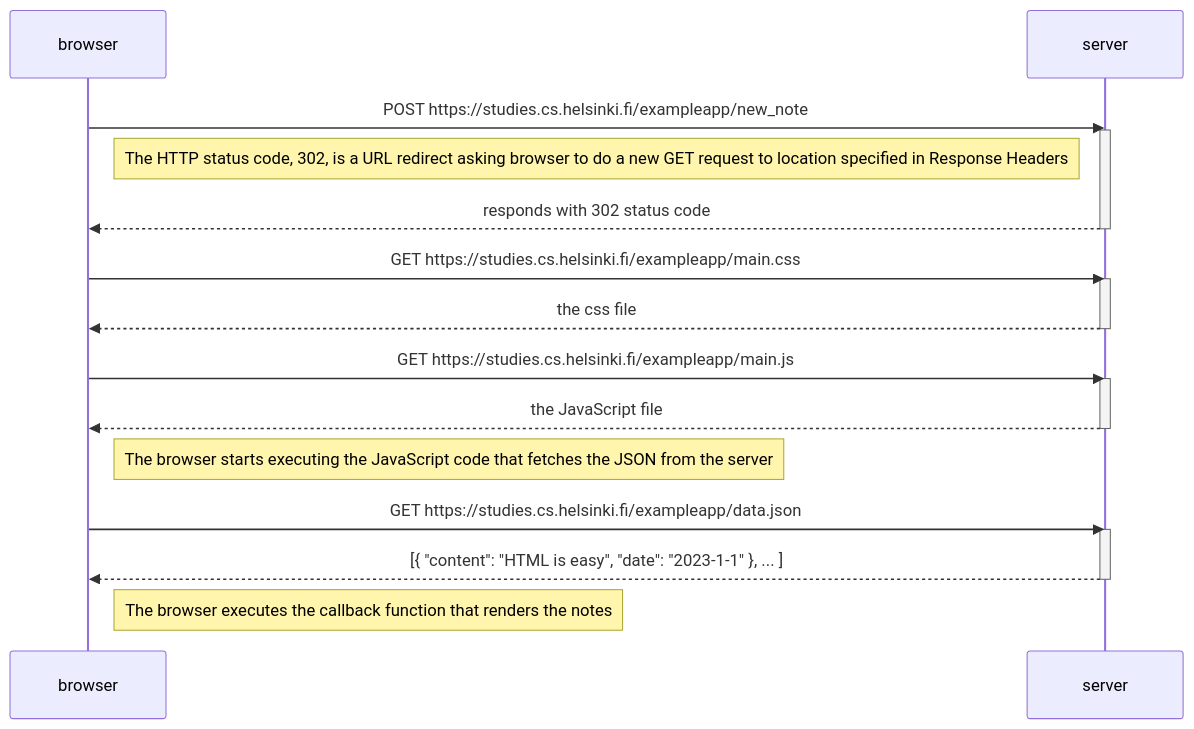
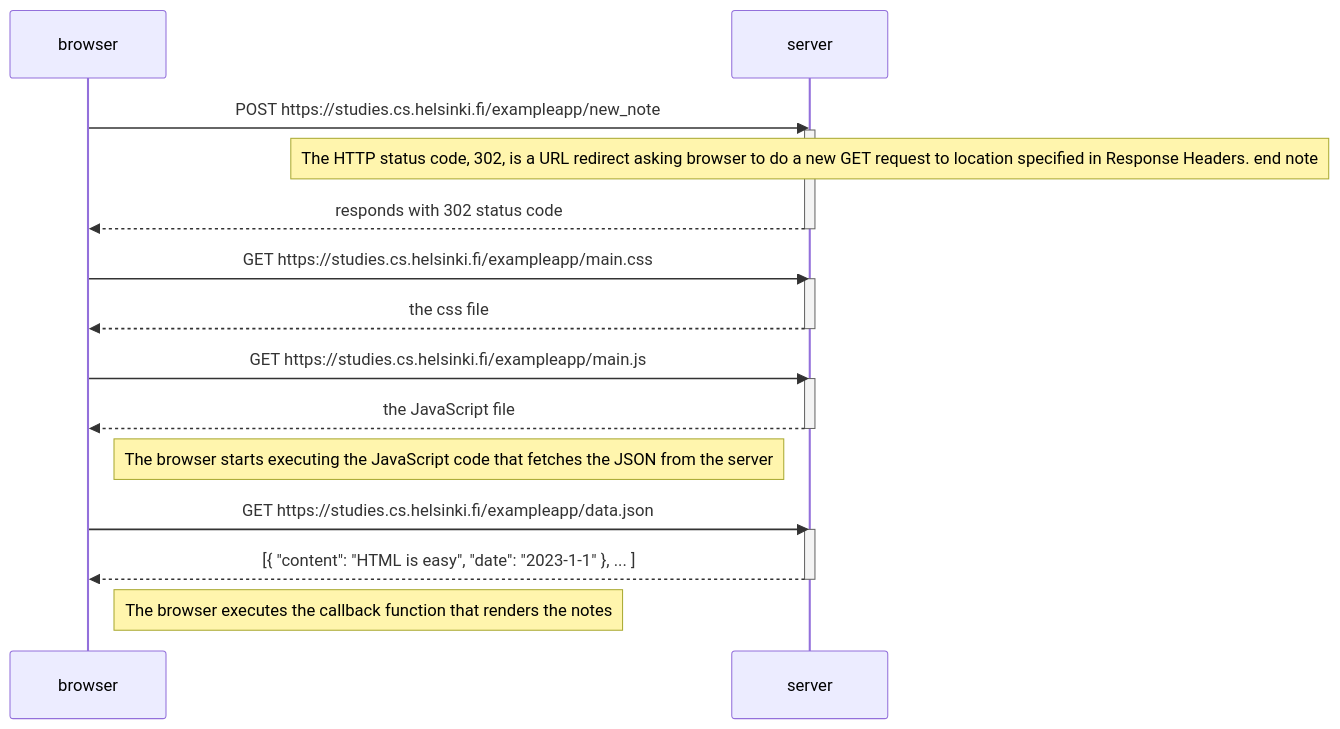
Before and after one commit to git-busy/freeStackOpen: the diagram in part0/0.4_new_note_diagram.mmd, drawn with Mermaid.

```diff
--- a/part0/0.4_new_note_diagram.mmd
+++ b/part0/0.4_new_note_diagram.mmd
@@ -1,28 +1,28 @@
 sequenceDiagram
     participant browser
     participant server
 
     browser->>server: POST https://studies.cs.helsinki.fi/exampleapp/new_note
     activate server
-    Note right of browser: The HTTP status code, 302, is a URL redirect asking browser to do a new GET request to location specified in Response Headers
+    Note over server: The HTTP status code, 302, is a URL redirect asking browser to do a new GET request to location specified in Response Headers. end note
     server-->>browser: responds with 302 status code
     deactivate server
 
     browser->>server: GET https://studies.cs.helsinki.fi/exampleapp/main.css
     activate server
     server-->>browser: the css file
     deactivate server
 
     browser->>server: GET https://studies.cs.helsinki.fi/exampleapp/main.js
     activate server
     server-->>browser: the JavaScript file
     deactivate server
 
     Note right of browser: The browser starts executing the JavaScript code that fetches the JSON from the server
 
     browser->>server: GET https://studies.cs.helsinki.fi/exampleapp/data.json
     activate server
     server-->>browser: [{ "content": "HTML is easy", "date": "2023-1-1" }, ... ]
     deactivate server
 
     Note right of browser: The browser executes the callback function that renders the notes
```
